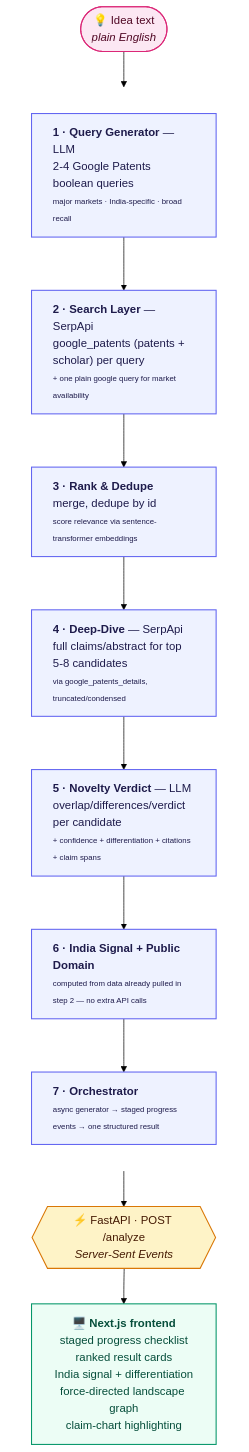
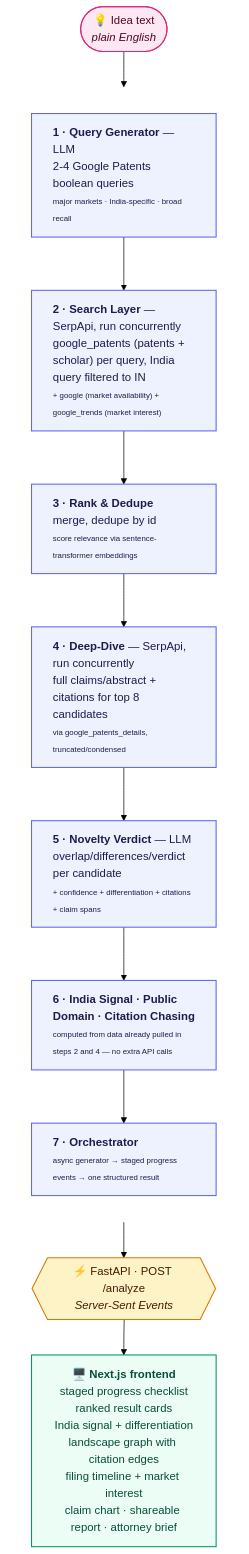
The diagram in README.md (rmnvg/priorart-ai), drawn with Mermaid (forest theme) before and after one commit. The commit also changed other lines of this file and 28 other files, not shown here.

First line of the commit message:
feat: add IndiaSignal component for patentability insights and integrate into ResultsView

````diff
--- a/README.md
+++ b/README.md
@@ -31,35 +37,35 @@
 ```mermaid
 flowchart TD
     idea(["💡 Idea text<br/><i>plain English</i>"])
 
     subgraph pipeline [" "]
         direction TB
         q["<b>1 · Query Generator</b> — LLM<br/>2-4 Google Patents boolean queries<br/><span style='font-size:11px'>major markets · India-specific · broad recall</span>"]
-        s["<b>2 · Search Layer</b> — SerpApi<br/>google_patents (patents + scholar) per query<br/><span style='font-size:11px'>+ one plain google query for market availability</span>"]
+        s["<b>2 · Search Layer</b> — SerpApi, run concurrently<br/>google_patents (patents + scholar) per query, India query filtered to IN<br/><span style='font-size:11px'>+ google (market availability) + google_trends (market interest)</span>"]
         r["<b>3 · Rank & Dedupe</b><br/>merge, dedupe by id<br/><span style='font-size:11px'>score relevance via sentence-transformer embeddings</span>"]
-        d["<b>4 · Deep-Dive</b> — SerpApi<br/>full claims/abstract for top 5-8 candidates<br/><span style='font-size:11px'>via google_patents_details, truncated/condensed</span>"]
+        d["<b>4 · Deep-Dive</b> — SerpApi, run concurrently<br/>full claims/abstract + citations for top 8 candidates<br/><span style='font-size:11px'>via google_patents_details, truncated/condensed</span>"]
         n["<b>5 · Novelty Verdict</b> — LLM<br/>overlap/differences/verdict per candidate<br/><span style='font-size:11px'>+ confidence + differentiation + citations + claim spans</span>"]
-        i["<b>6 · India Signal + Public Domain</b><br/><span style='font-size:11px'>computed from data already pulled in step 2 — no extra API calls</span>"]
+        i["<b>6 · India Signal · Public Domain · Citation Chasing</b><br/><span style='font-size:11px'>computed from data already pulled in steps 2 and 4 — no extra API calls</span>"]
         o["<b>7 · Orchestrator</b><br/><span style='font-size:11px'>async generator → staged progress events → one structured result</span>"]
 
         q --> s --> r --> d --> n --> i --> o
     end
 
     api{{"⚡ FastAPI · POST /analyze<br/><i>Server-Sent Events</i>"}}
 
-    fe["🖥️ <b>Next.js frontend</b><br/>staged progress checklist<br/>ranked result cards<br/>India signal + differentiation<br/>force-directed landscape graph<br/>claim-chart highlighting"]
+    fe["🖥️ <b>Next.js frontend</b><br/>staged progress checklist<br/>ranked result cards<br/>India signal + differentiation<br/>landscape graph with citation edges<br/>filing timeline + market interest<br/>claim chart · shareable report · attorney brief"]
 
     idea --> q
     o --> api --> fe
 
     classDef stage fill:#eef2ff,stroke:#6366f1,stroke-width:1.5px,color:#1e1b4b,text-align:left
     classDef endpoint fill:#fef3c7,stroke:#d97706,stroke-width:1.5px,color:#451a03
     classDef terminus fill:#ecfdf5,stroke:#059669,stroke-width:1.5px,color:#064e3b
     classDef ideaNode fill:#fce7f3,stroke:#db2777,stroke-width:1.5px,color:#500724
 
     class q,s,r,d,n,i,o stage
     class api endpoint
     class fe terminus
     class idea ideaNode
     style pipeline fill:none,stroke:none
 ```
````
